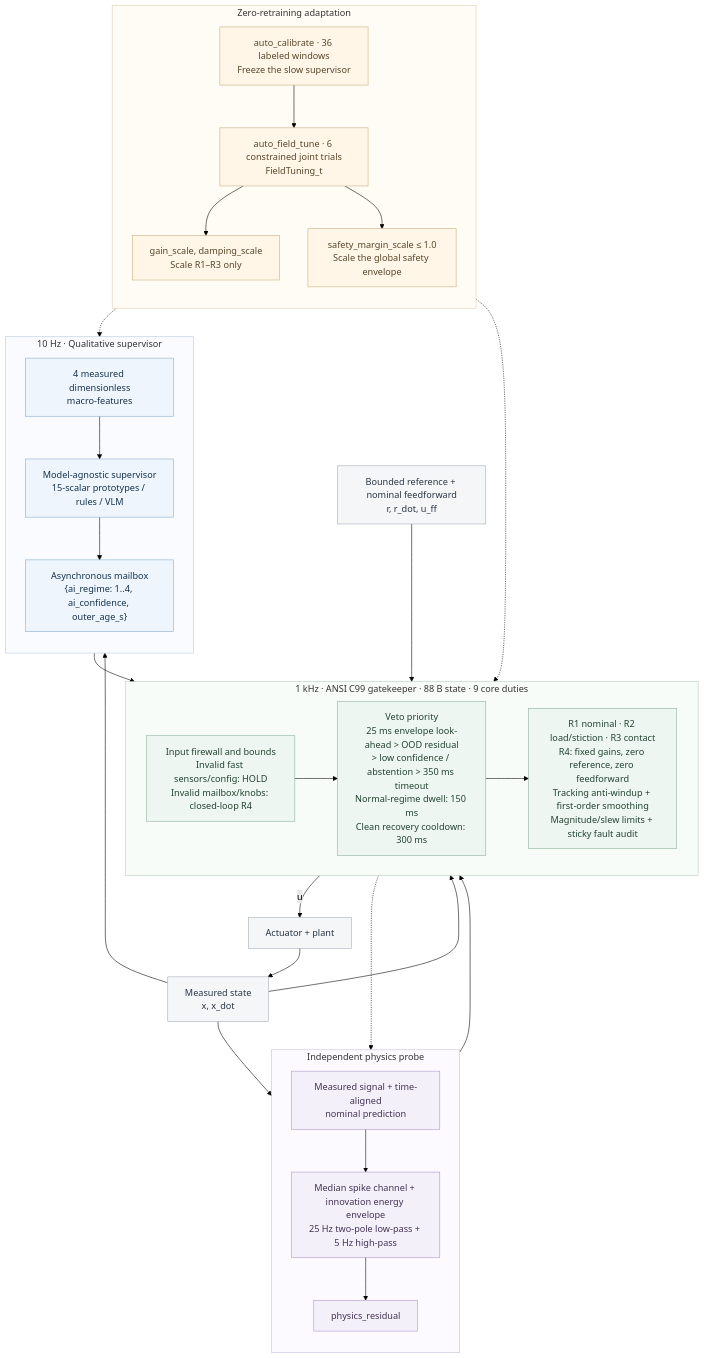
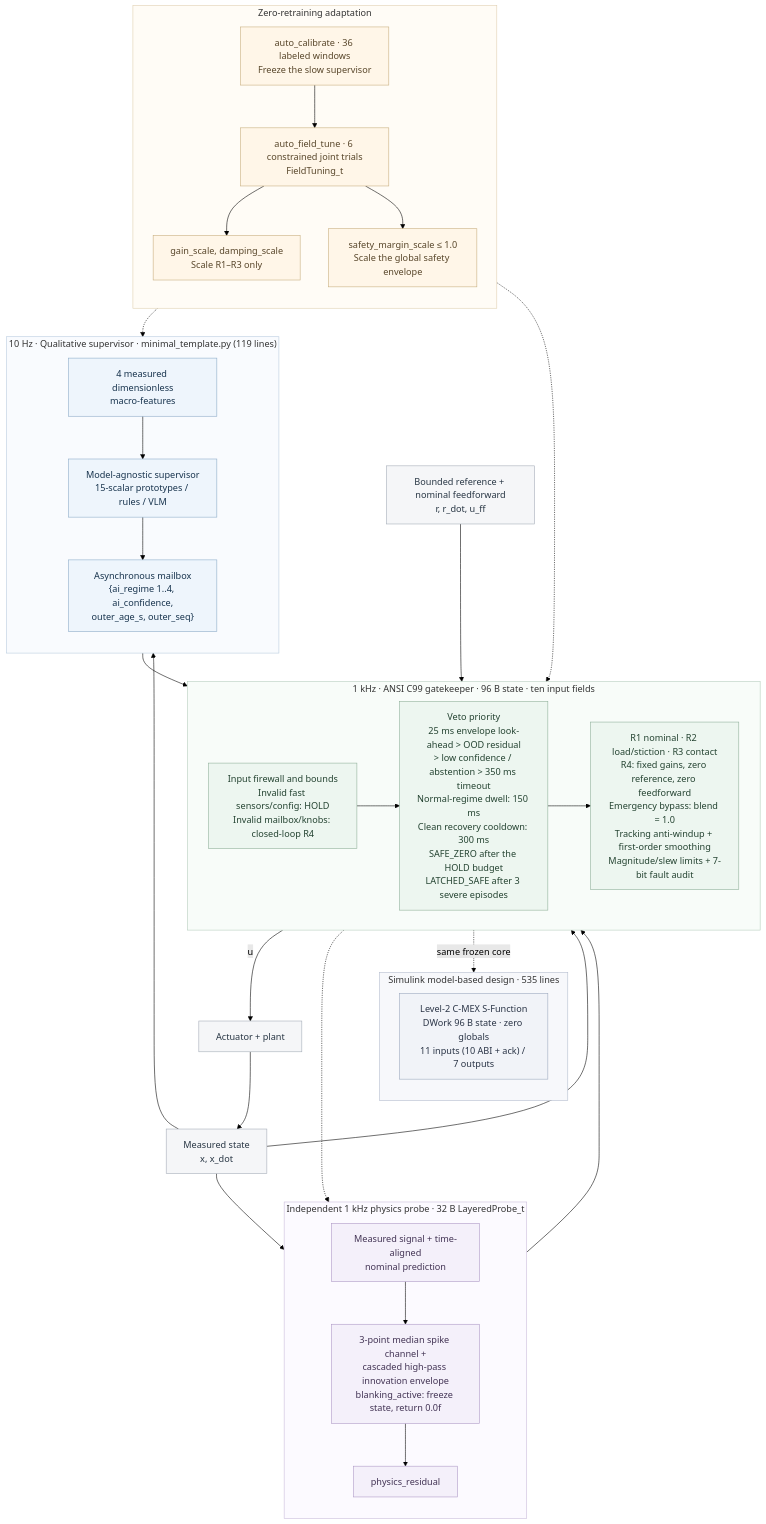
The diagram in README.md (lijiawei255/ai-layered-control), drawn with Mermaid (forest theme) before and after one commit. The commit also changed other lines of this file and 27 other files, not shown here.

Commit message:
chore: finalize v2.0.2 reference architecture, S-Function adapter, and cross-engine parity

````diff
--- a/README.md
+++ b/README.md
@@ -36,62 +54,70 @@
 ```mermaid
 flowchart TB
-    subgraph slow["10 Hz · Qualitative supervisor"]
+    subgraph slow["10 Hz · Qualitative supervisor · minimal_template.py (119 lines)"]
         direction TB
         features["4 measured dimensionless<br/>macro-features"]
         supervisor["Model-agnostic supervisor<br/>15-scalar prototypes / rules / VLM"]
-        mailbox["Asynchronous mailbox<br/>{ai_regime: 1..4, ai_confidence, outer_age_s}"]
+        mailbox["Asynchronous mailbox<br/>{ai_regime 1..4, ai_confidence,<br/>outer_age_s, outer_seq}"]
         features --> supervisor --> mailbox
     end
-    subgraph probe["Independent physics probe"]
+    subgraph probe["Independent 1 kHz physics probe · 32 B LayeredProbe_t"]
         direction TB
         innovation["Measured signal + time-aligned<br/>nominal prediction"]
-        channels["Median spike channel + innovation energy envelope<br/>25 Hz two-pole low-pass + 5 Hz high-pass"]
+        channels["3-point median spike channel +<br/>cascaded high-pass innovation envelope<br/>blanking_active: freeze state, return 0.0f"]
         residual["physics_residual"]
         innovation --> channels --> residual
     end
-    subgraph fast["1 kHz · ANSI C99 gatekeeper · 88 B state · 9 core duties"]
+    subgraph fast["1 kHz · ANSI C99 gatekeeper · 96 B state · ten input fields"]
         direction LR
         firewall["Input firewall and bounds<br/>Invalid fast sensors/config: HOLD<br/>Invalid mailbox/knobs: closed-loop R4"]
-        gates["Veto priority<br/>25 ms envelope look-ahead > OOD residual<br/>> low confidence / abstention > 350 ms timeout<br/>Normal-regime dwell: 150 ms<br/>Clean recovery cooldown: 300 ms"]
-        bank["R1 nominal · R2 load/stiction · R3 contact<br/>R4: fixed gains, zero reference, zero feedforward<br/>Tracking anti-windup + first-order smoothing<br/>Magnitude/slew limits + sticky fault audit"]
+        gates["Veto priority<br/>25 ms envelope look-ahead > OOD residual<br/>> low confidence / abstention > 350 ms timeout<br/>Normal-regime dwell: 150 ms<br/>Clean recovery cooldown: 300 ms<br/>SAFE_ZERO after the HOLD budget<br/>LATCHED_SAFE after 3 severe episodes"]
+        bank["R1 nominal · R2 load/stiction · R3 contact<br/>R4: fixed gains, zero reference, zero feedforward<br/>Emergency bypass: blend = 1.0<br/>Tracking anti-windup + first-order smoothing<br/>Magnitude/slew limits + 7-bit fault audit"]
         firewall --> gates --> bank
+    end
+    subgraph mbd["Simulink model-based design · 535 lines"]
+        direction TB
+        sfun["Level-2 C-MEX S-Function<br/>DWork 96 B state · zero globals<br/>11 inputs (10 ABI + ack) / 7 outputs"]
     end
     subgraph adapt["Zero-retraining adaptation"]
         direction TB
         calibrate["auto_calibrate · 36 labeled windows<br/>Freeze the slow supervisor"]
         tune["auto_field_tune · 6 constrained joint trials<br/>FieldTuning_t"]
         gains["gain_scale, damping_scale<br/>Scale R1–R3 only"]
         margin["safety_margin_scale ≤ 1.0<br/>Scale the global safety envelope"]
         calibrate --> tune
         tune --> gains
         tune --> margin
     end
     reference["Bounded reference + nominal feedforward<br/>r, r_dot, u_ff"]
     plant["Actuator + plant"]
     sensor["Measured state<br/>x, x_dot"]
     reference --> fast
     slow --> fast
     probe --> fast
     fast -->|"u"| plant
     plant --> sensor
     sensor --> fast
     sensor --> slow
     sensor --> probe
     fast -.-> probe
+    fast -.->|"same frozen core"| sfun
     adapt -.-> slow
     adapt -.-> fast
     classDef slowNode fill:#eef5fc,stroke:#8baac7,color:#17334d;
     classDef probeNode fill:#f4f0fa,stroke:#ad98c5,color:#423354;
     classDef coreNode fill:#edf6f0,stroke:#8eaf99,color:#244331;
     classDef adaptNode fill:#fff6e8,stroke:#c7ad7d,color:#58462a;
     classDef ioNode fill:#f5f6f8,stroke:#a4acb7,color:#283644;
+    classDef mbdNode fill:#f1f3f8,stroke:#9aa7bd,color:#2a3446;
     class features,supervisor,mailbox slowNode;
     class innovation,channels,residual probeNode;
     class firewall,gates,bank coreNode;
     class calibrate,tune,gains,margin adaptNode;
     class reference,plant,sensor ioNode;
+    class sfun mbdNode;
     style slow fill:#f9fbfe,stroke:#b8cbde
     style probe fill:#fcfaff,stroke:#c9bbda
     style fast fill:#f8fcf9,stroke:#b6cdbd
+    style mbd fill:#f7f8fb,stroke:#b3bccd
     style adapt fill:#fffcf6,stroke:#dfcfaf
 ```
````
